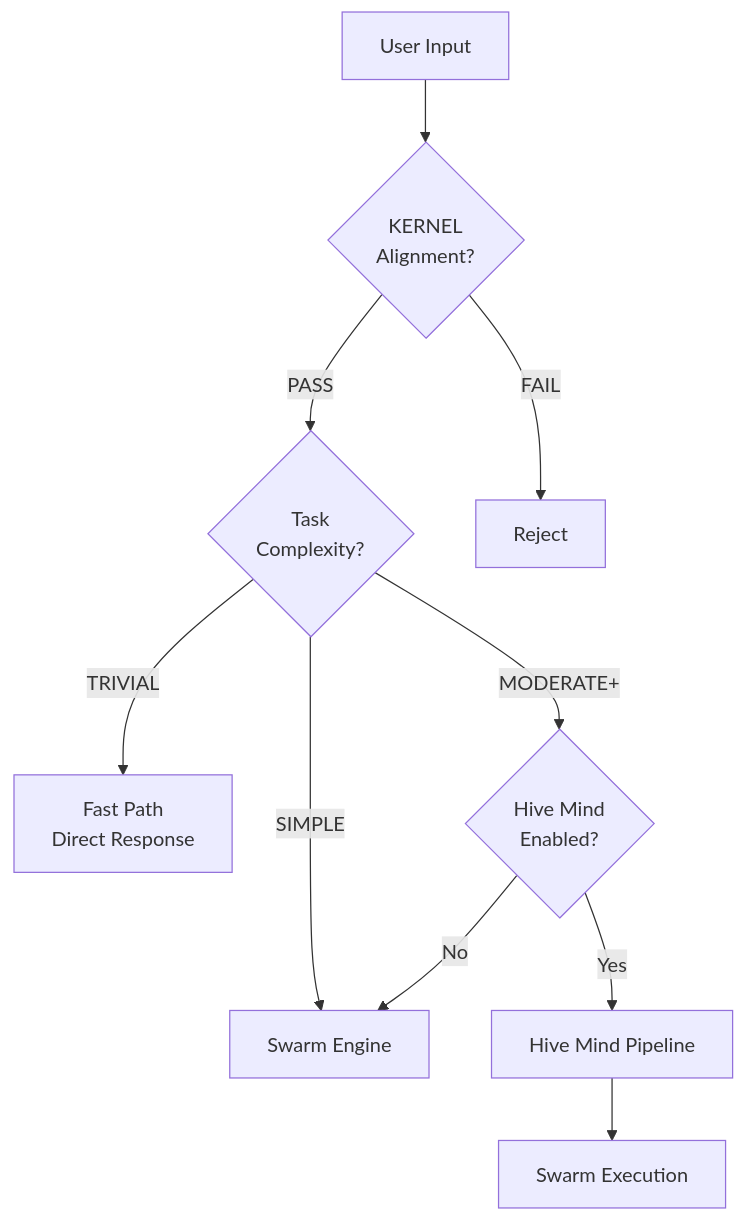
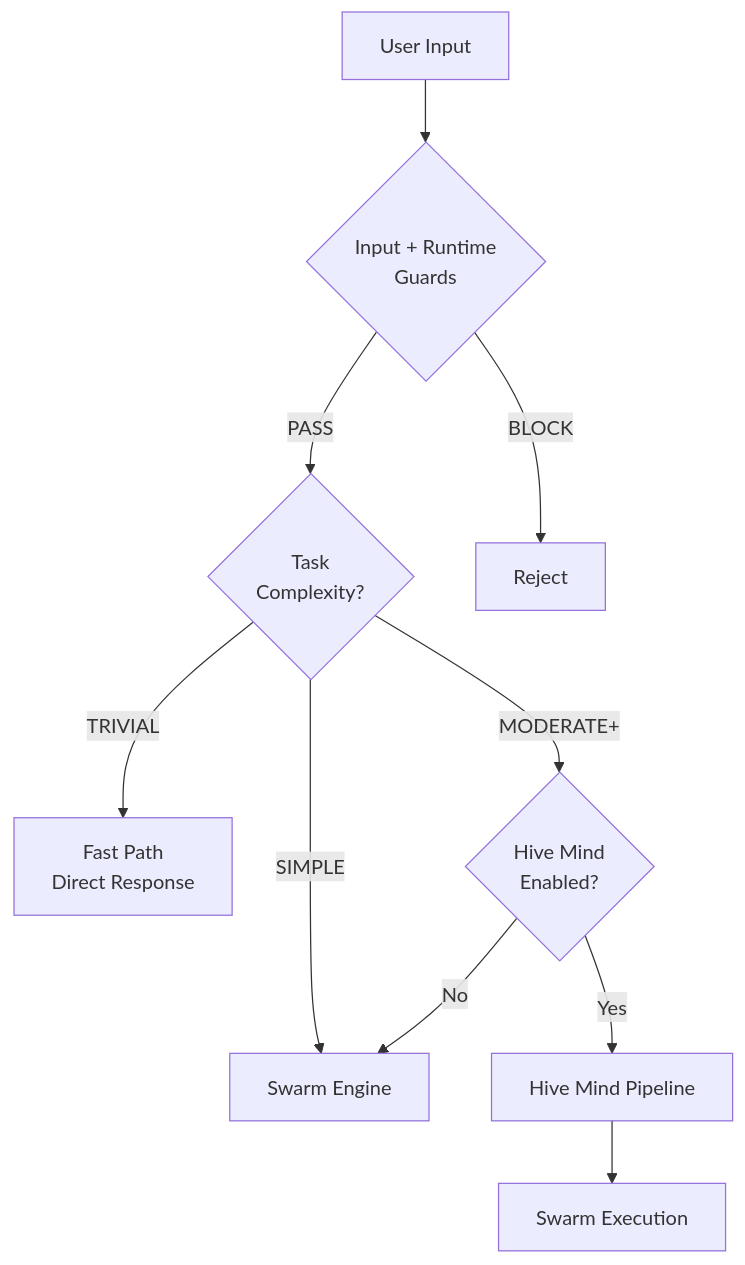
Before and after one commit to yannabadie/NEXUS: the third of 13 diagrams in docs/ARCHITECTURE_MAP_GENERATED.md, drawn with Mermaid. The commit also changed other lines of this file and 21 other files, not shown here.

````diff
--- a/docs/ARCHITECTURE_MAP_GENERATED.md
+++ b/docs/ARCHITECTURE_MAP_GENERATED.md
@@ -142,15 +142,15 @@
 ```mermaid
 graph TD
-    INPUT[User Input] --> KERNEL{KERNEL<br/>Alignment?}
-    KERNEL -->|PASS| ANALYZE{Task<br/>Complexity?}
-    KERNEL -->|FAIL| REJECT[Reject]
+    INPUT[User Input] --> GUARD{Input + Runtime<br/>Guards}
+    GUARD -->|PASS| ANALYZE{Task<br/>Complexity?}
+    GUARD -->|BLOCK| REJECT[Reject]
 
     ANALYZE -->|TRIVIAL| FAST[Fast Path<br/>Direct Response]
     ANALYZE -->|SIMPLE| SWARM[Swarm Engine]
     ANALYZE -->|MODERATE+| GATE{Hive Mind<br/>Enabled?}
 
     GATE -->|Yes| HIVE[Hive Mind Pipeline]
     GATE -->|No| SWARM
 
     HIVE --> DELEGATE[Swarm Execution]
 ```
````
